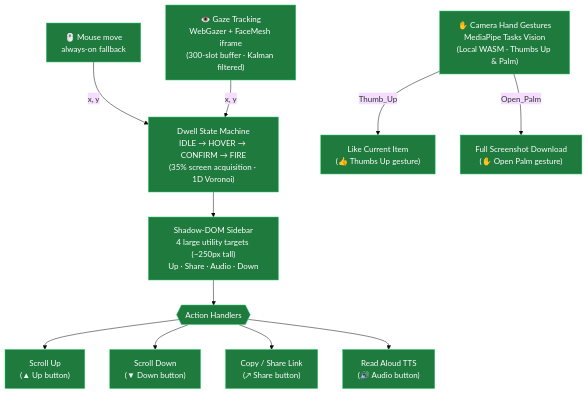
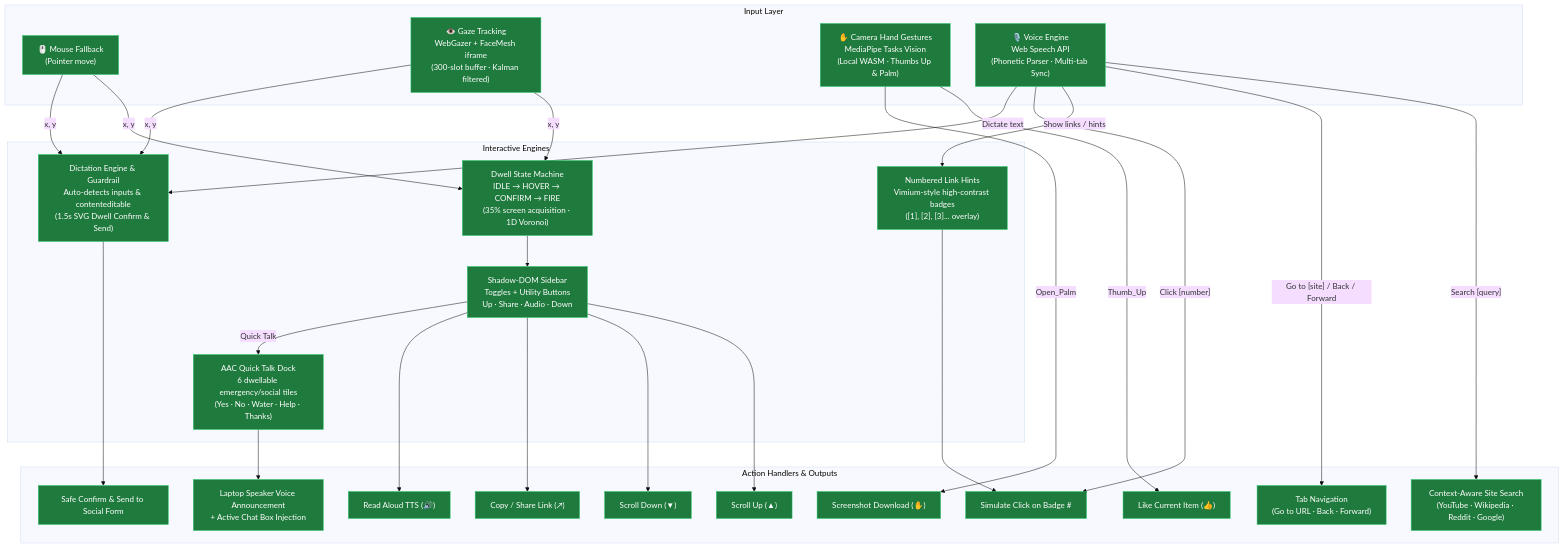
The diagram in README.md (asirahnaf/Drishti_2.0), drawn with Mermaid (base theme) before and after one commit. The commit also changed other lines of this file and 8 other files, not shown here.

Commit message:
feat: add multimodal voice navigation, link hints, AAC speech dock, dictation guardrail, and updated documentation

````diff
--- a/README.md
+++ b/README.md
@@ -13,31 +13,58 @@
 ```mermaid
 flowchart TD
-    Mouse["🖱️ Mouse move<br/>always-on fallback"]
-    Gaze["👁️ Gaze Tracking<br/>WebGazer + FaceMesh iframe<br/>(300-slot buffer · Kalman filtered)"]
-    Gesture["✋ Camera Hand Gestures<br/>MediaPipe Tasks Vision<br/>(Local WASM · Thumbs Up & Palm)"]
-    Dwell["Dwell State Machine<br/>IDLE → HOVER → CONFIRM → FIRE<br/>(35% screen acquisition · 1D Voronoi)"]
-    Sidebar["Shadow-DOM Sidebar<br/>4 large utility targets (~250px tall)<br/>Up · Share · Audio · Down"]
-    Fire{{"Action Handlers"}}
-    ScrollUp["Scroll Up<br/>(▲ Up button)"]
-    ScrollDown["Scroll Down<br/>(▼ Down button)"]
-    Share["Copy / Share Link<br/>(↗ Share button)"]
-    Read["Read Aloud TTS<br/>(🔊 Audio button)"]
-    Like["Like Current Item<br/>(👍 Thumbs Up gesture)"]
-    Screenshot["Full Screenshot Download<br/>(✋ Open Palm gesture)"]
+    subgraph Inputs ["Input Layer"]
+        Mouse["🖱️ Mouse Fallback<br/>(Pointer move)"]
+        Gaze["👁️ Gaze Tracking<br/>WebGazer + FaceMesh iframe<br/>(300-slot buffer · Kalman filtered)"]
+        Gesture["✋ Camera Hand Gestures<br/>MediaPipe Tasks Vision<br/>(Local WASM · Thumbs Up & Palm)"]
+        Voice["🎙️ Voice Engine<br/>Web Speech API<br/>(Phonetic Parser · Multi-tab Sync)"]
+    end
+
+    subgraph Interactive ["Interactive Engines"]
+        Dwell["Dwell State Machine<br/>IDLE → HOVER → CONFIRM → FIRE<br/>(35% screen acquisition · 1D Voronoi)"]
+        Sidebar["Shadow-DOM Sidebar<br/>Toggles + Utility Buttons<br/>Up · Share · Audio · Down"]
+        Hints["Numbered Link Hints<br/>Vimium-style high-contrast badges<br/>([1], [2], [3]... overlay)"]
+        AAC["AAC Quick Talk Dock<br/>6 dwellable emergency/social tiles<br/>(Yes · No · Water · Help · Thanks)"]
+        Dictation["Dictation Engine & Guardrail<br/>Auto-detects inputs & contenteditable<br/>(1.5s SVG Dwell Confirm & Send)"]
+    end
+
+    subgraph Actions ["Action Handlers & Outputs"]
+        ScrollUp["Scroll Up (▲)"]
+        ScrollDown["Scroll Down (▼)"]
+        Share["Copy / Share Link (↗)"]
+        Read["Read Aloud TTS (🔊)"]
+        Like["Like Current Item (👍)"]
+        Screenshot["Screenshot Download (✋)"]
+        SiteSearch["Context-Aware Site Search<br/>(YouTube · Wikipedia · Reddit · Google)"]
+        WebNav["Tab Navigation<br/>(Go to URL · Back · Forward)"]
+        ClickHint["Simulate Click on Badge #"]
+        SpeakAAC["Laptop Speaker Voice Announcement<br/>+ Active Chat Box Injection"]
+        SendPost["Safe Confirm & Send to Social Form"]
+    end
 
     Mouse -->|"x, y"| Dwell
     Gaze -->|"x, y"| Dwell
+    Gaze -->|"x, y"| Dictation
+    Mouse -->|"x, y"| Dictation
     Gesture -->|"Thumb_Up"| Like
     Gesture -->|"Open_Palm"| Screenshot
-    Dwell --> Sidebar --> Fire
-    Fire --> ScrollUp
-    Fire --> ScrollDown
-    Fire --> Share
-    Fire --> Read
+
+    Voice -->|"Search [query]"| SiteSearch
+    Voice -->|"Go to [site] / Back / Forward"| WebNav
+    Voice -->|"Show links / hints"| Hints
+    Voice -->|"Click [number]"| ClickHint
+    Voice -->|"Dictate text"| Dictation
+
+    Dwell --> Sidebar
+    Sidebar --> ScrollUp
+    Sidebar --> ScrollDown
+    Sidebar --> Share
+    Sidebar --> Read
+    Sidebar -->|"Quick Talk"| AAC
+
+    AAC --> SpeakAAC
+    Hints --> ClickHint
+    Dictation --> SendPost
 
     classDef done fill:#1f7a3d,stroke:#2ecc71,color:#ffffff;
-    classDef wip  fill:#8a6d00,stroke:#f1c40f,color:#ffffff;
-    classDef todo fill:#2f3339,stroke:#7f8c8d,color:#d0d4d8;
-
-    class Mouse,Gaze,Gesture,Dwell,Sidebar,Fire,ScrollUp,ScrollDown,Share,Read,Like,Screenshot done;
+    class Mouse,Gaze,Gesture,Voice,Dwell,Sidebar,Hints,AAC,Dictation,ScrollUp,ScrollDown,Share,Read,Like,Screenshot,SiteSearch,WebNav,ClickHint,SpeakAAC,SendPost done;
 ```
````
